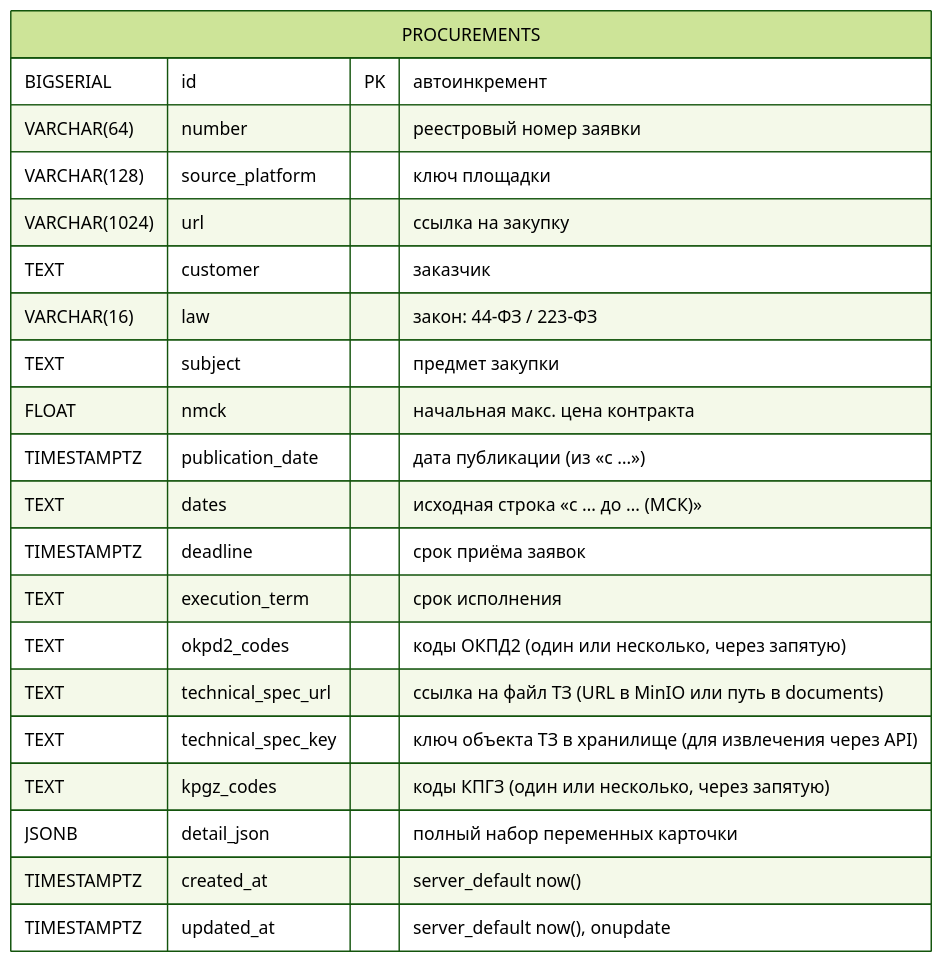
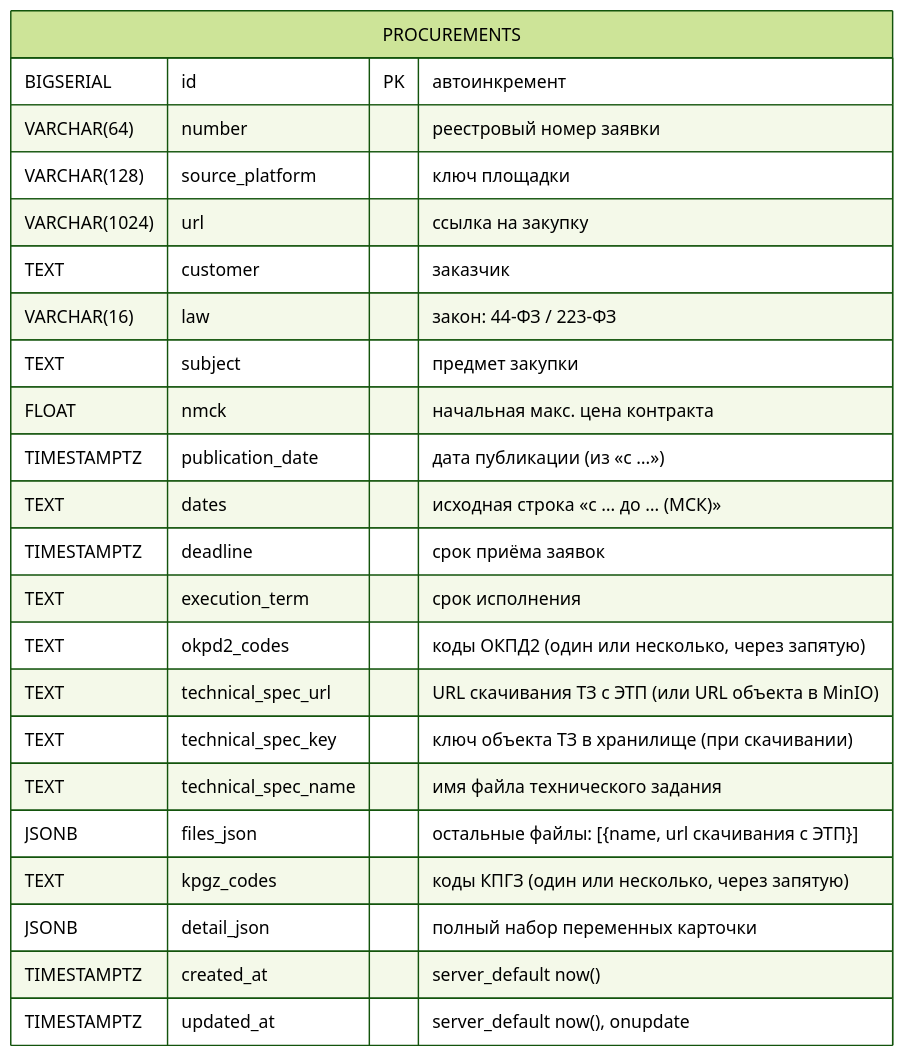
One commit to igorvolk1961/zakupki_parser changed the diagram in docs/c4/db-schema.md. Above: the diagram before and after it, drawn with Mermaid (forest theme). The commit also changed 17 other files, not shown here.

First line of the commit message:
feat: основной режим парсера — файлы не скачиваются, в БД имена+URL с ЭТП

````diff
--- a/docs/c4/db-schema.md
+++ b/docs/c4/db-schema.md
@@ -6,28 +6,30 @@
 ```mermaid
 erDiagram
     PROCUREMENTS {
         BIGSERIAL id PK "автоинкремент"
         VARCHAR(64) number "реестровый номер заявки"
         VARCHAR(128) source_platform "ключ площадки"
         VARCHAR(1024) url "ссылка на закупку"
         TEXT customer "заказчик"
         VARCHAR(16) law "закон: 44-ФЗ / 223-ФЗ"
         TEXT subject "предмет закупки"
         FLOAT nmck "начальная макс. цена контракта"
         TIMESTAMPTZ publication_date "дата публикации (из «с …»)"
         TEXT dates "исходная строка «с … до … (МСК)»"
         TIMESTAMPTZ deadline "срок приёма заявок"
         TEXT execution_term "срок исполнения"
         TEXT okpd2_codes "коды ОКПД2 (один или несколько, через запятую)"
-        TEXT technical_spec_url "ссылка на файл ТЗ (URL в MinIO или путь в documents)"
-        TEXT technical_spec_key "ключ объекта ТЗ в хранилище (для извлечения через API)"
+        TEXT technical_spec_url "URL скачивания ТЗ с ЭТП (или URL объекта в MinIO)"
+        TEXT technical_spec_key "ключ объекта ТЗ в хранилище (при скачивании)"
+        TEXT technical_spec_name "имя файла технического задания"
+        JSONB files_json "остальные файлы: [{name, url скачивания с ЭТП}]"
         TEXT kpgz_codes "коды КПГЗ (один или несколько, через запятую)"
         JSONB detail_json "полный набор переменных карточки"
         TIMESTAMPTZ created_at "server_default now()"
         TIMESTAMPTZ updated_at "server_default now(), onupdate"
     }
 
     %% Схема имеет одну таблицу. Дата последней обработанной записи
     %% НЕ хранится в БД — она получается SQL-запросом, а порог по умолчанию
     %% хранится в state-файле data/last_seen.json и конфиге config_service.yaml.
 ```
````
